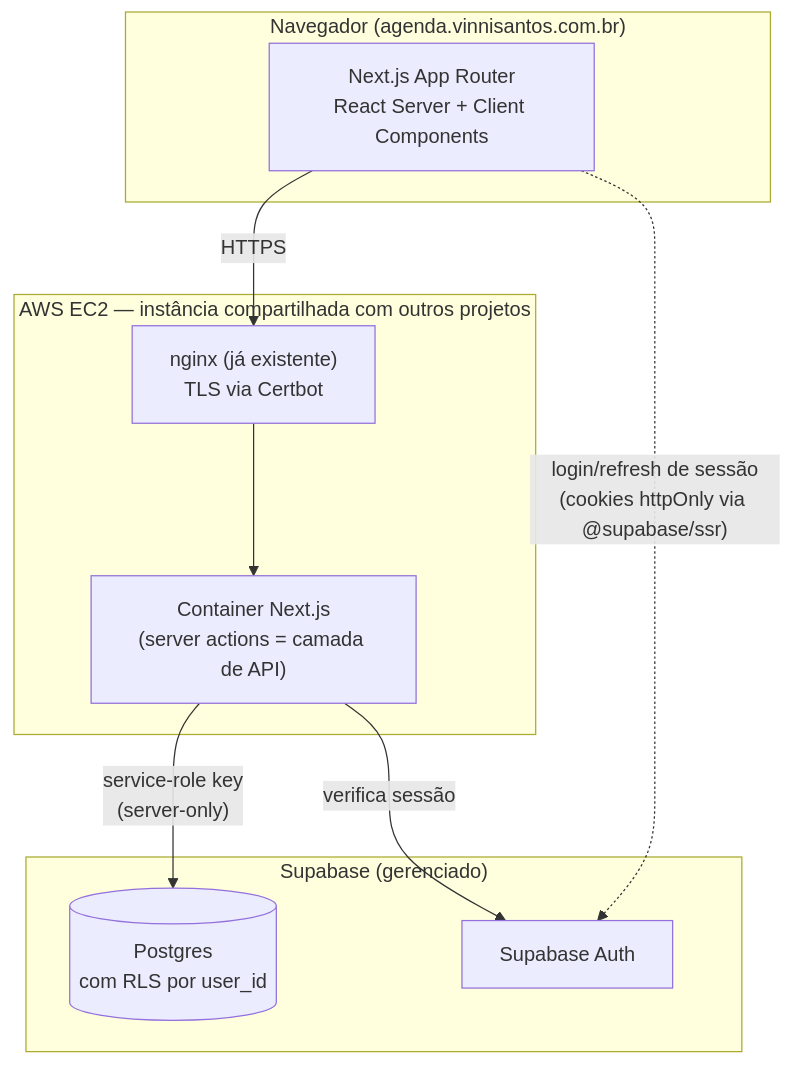
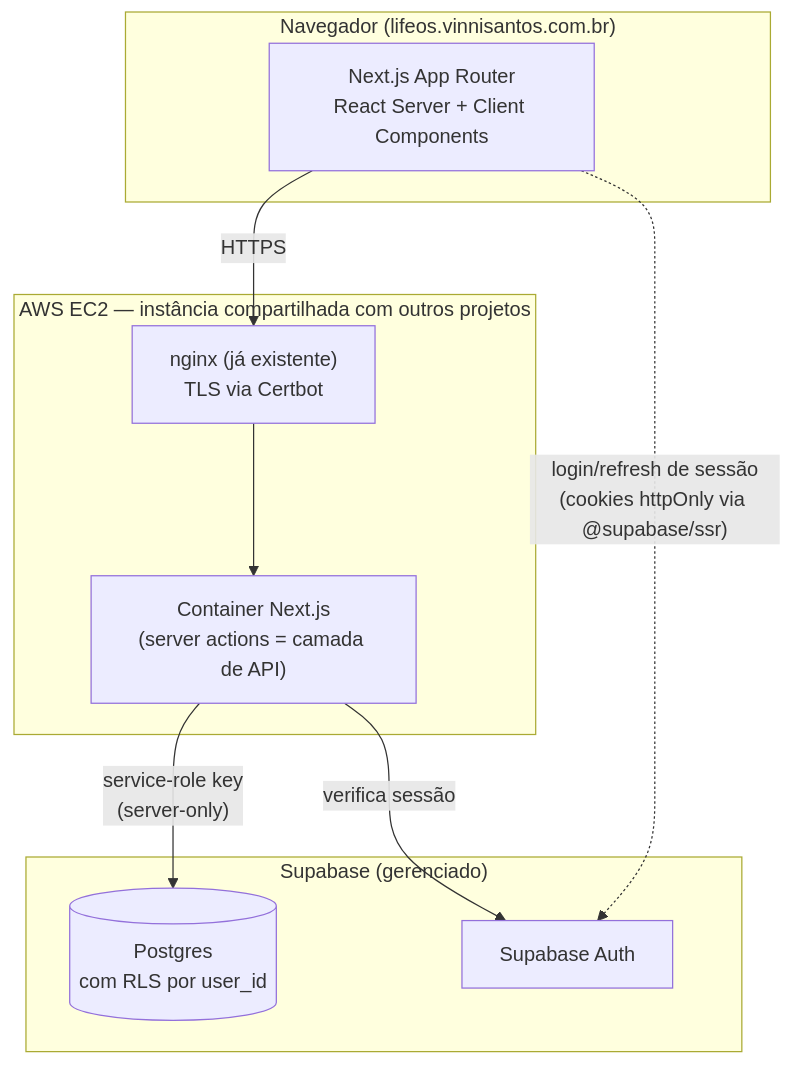
Before and after one commit to vinnisntos/app-vinnicius: the first of 2 diagrams in docs/02-arquitetura.md, drawn with Mermaid. The commit also changed 7 other files, not shown here.

Commit message:
Atualiza domínio de produção para lifeos.vinnisantos.com.br

````diff
--- a/docs/02-arquitetura.md
+++ b/docs/02-arquitetura.md
@@ -24,21 +24,21 @@
 ```mermaid
 flowchart TB
-    subgraph Client["Navegador (agenda.vinnisantos.com.br)"]
+    subgraph Client["Navegador (lifeos.vinnisantos.com.br)"]
         UI["Next.js App Router\nReact Server + Client Components"]
     end
 
     subgraph EC2["AWS EC2 — instância compartilhada com outros projetos"]
         Nginx["nginx (já existente)\nTLS via Certbot"]
         App["Container Next.js\n(server actions = camada de API)"]
     end
 
     subgraph Supabase["Supabase (gerenciado)"]
         Auth["Supabase Auth"]
         DB[("Postgres\ncom RLS por user_id")]
     end
 
     UI -->|HTTPS| Nginx --> App
     App -->|"service-role key\n(server-only)"| DB
     App -->|"verifica sessão"| Auth
     UI -.->|"login/refresh de sessão\n(cookies httpOnly via @supabase/ssr)"| Auth
 ```
````
